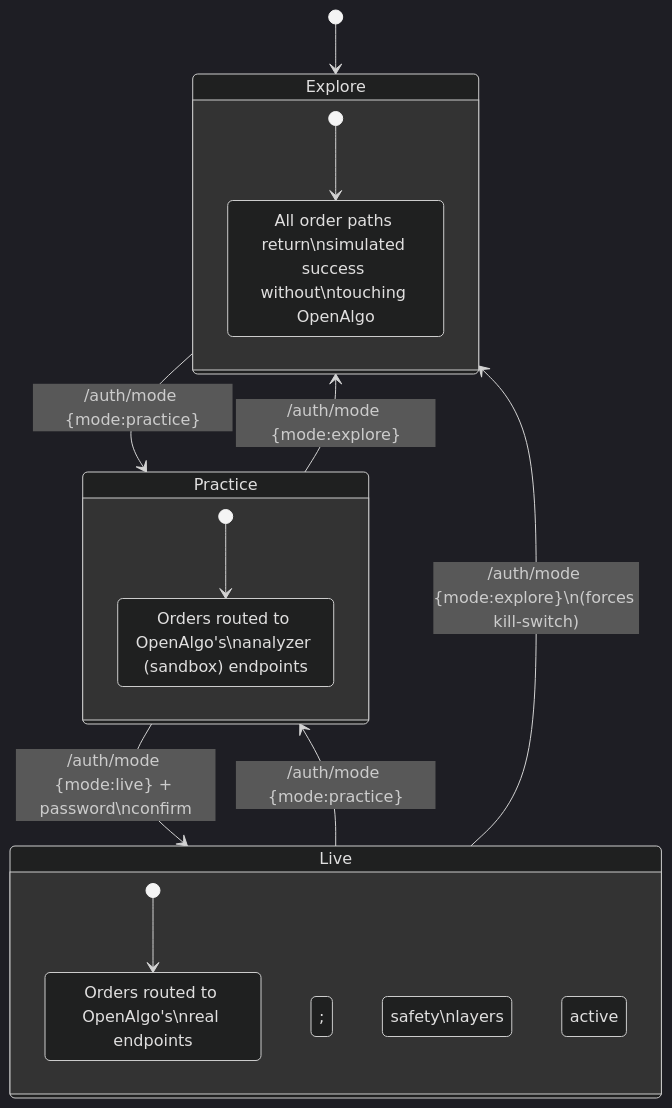
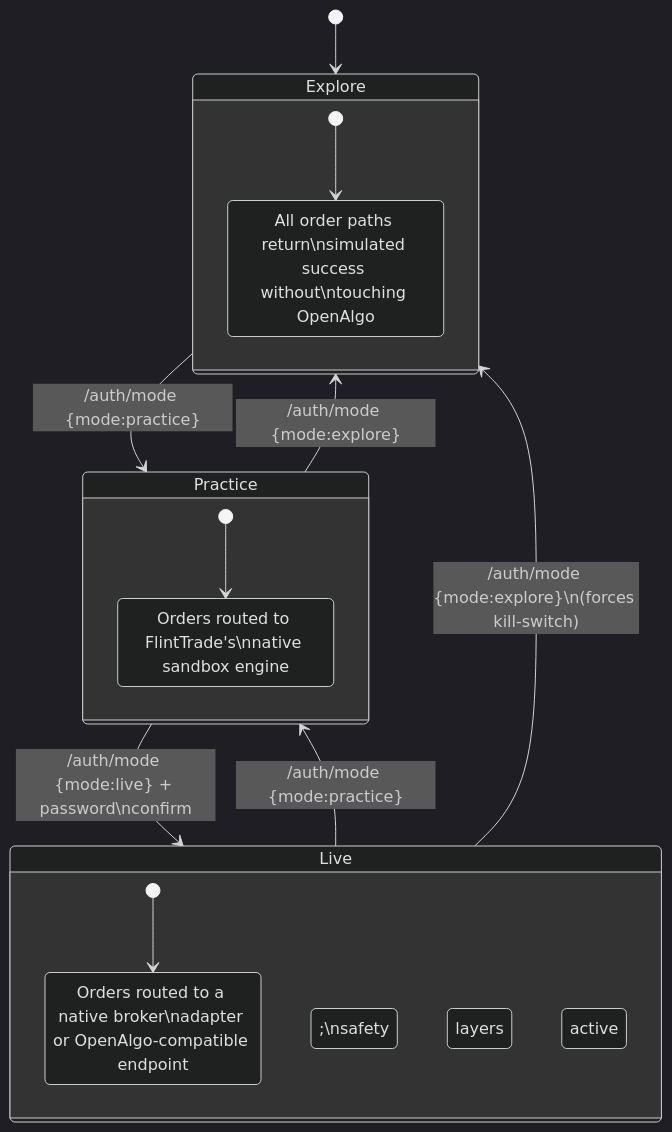
The fourth of 5 diagrams in docs/ARCHITECTURE.md (navaneeshnagarajan/FlintTrade), drawn with Mermaid (dark theme) before and after one commit. The commit also changed other lines of this file and 215 other files, not shown here.

First line of the commit message:
feat(repo): prepare FlintTrade 0.6.0-alpha

````diff
--- a/docs/ARCHITECTURE.md
+++ b/docs/ARCHITECTURE.md
@@ -195,22 +207,22 @@
 ```mermaid
 stateDiagram-v2
     [*] --> Explore
     Explore --> Practice: /auth/mode {mode:practice}
     Practice --> Live: /auth/mode {mode:live} + password\nconfirm
     Live --> Practice: /auth/mode {mode:practice}
     Practice --> Explore: /auth/mode {mode:explore}
     Live --> Explore: /auth/mode {mode:explore}\n(forces kill-switch)
 
     state Explore {
         [*] --> noOrders
         noOrders: All order paths return\nsimulated success without\ntouching OpenAlgo
     }
     state Practice {
         [*] --> sandbox
-        sandbox: Orders routed to OpenAlgo's\nanalyzer (sandbox) endpoints
+        sandbox: Orders routed to FlintTrade's\nnative sandbox engine
     }
     state Live {
         [*] --> realOrders
-        realOrders: Orders routed to OpenAlgo's\nreal endpoints; safety\nlayers active
+        realOrders: Orders routed to a native broker\nadapter or OpenAlgo-compatible endpoint;\nsafety layers active
     }
 ```
````
